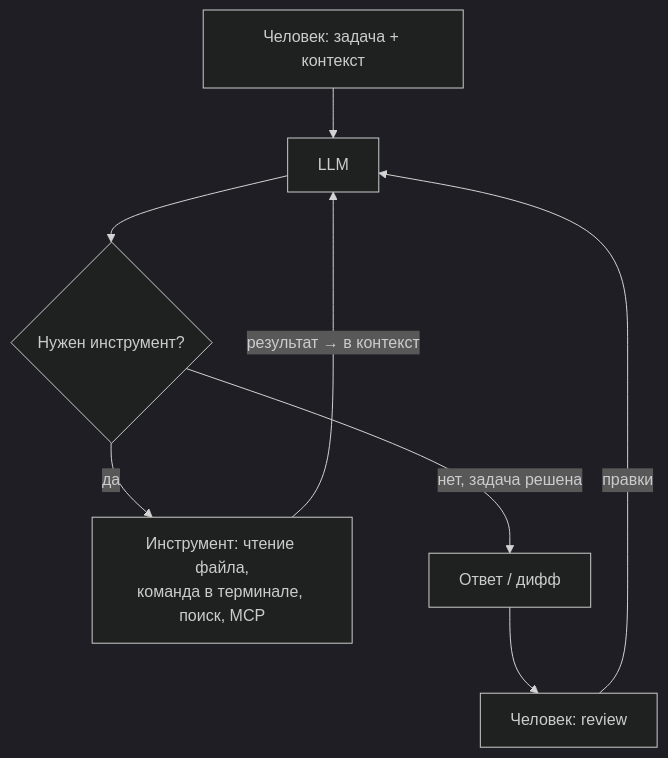
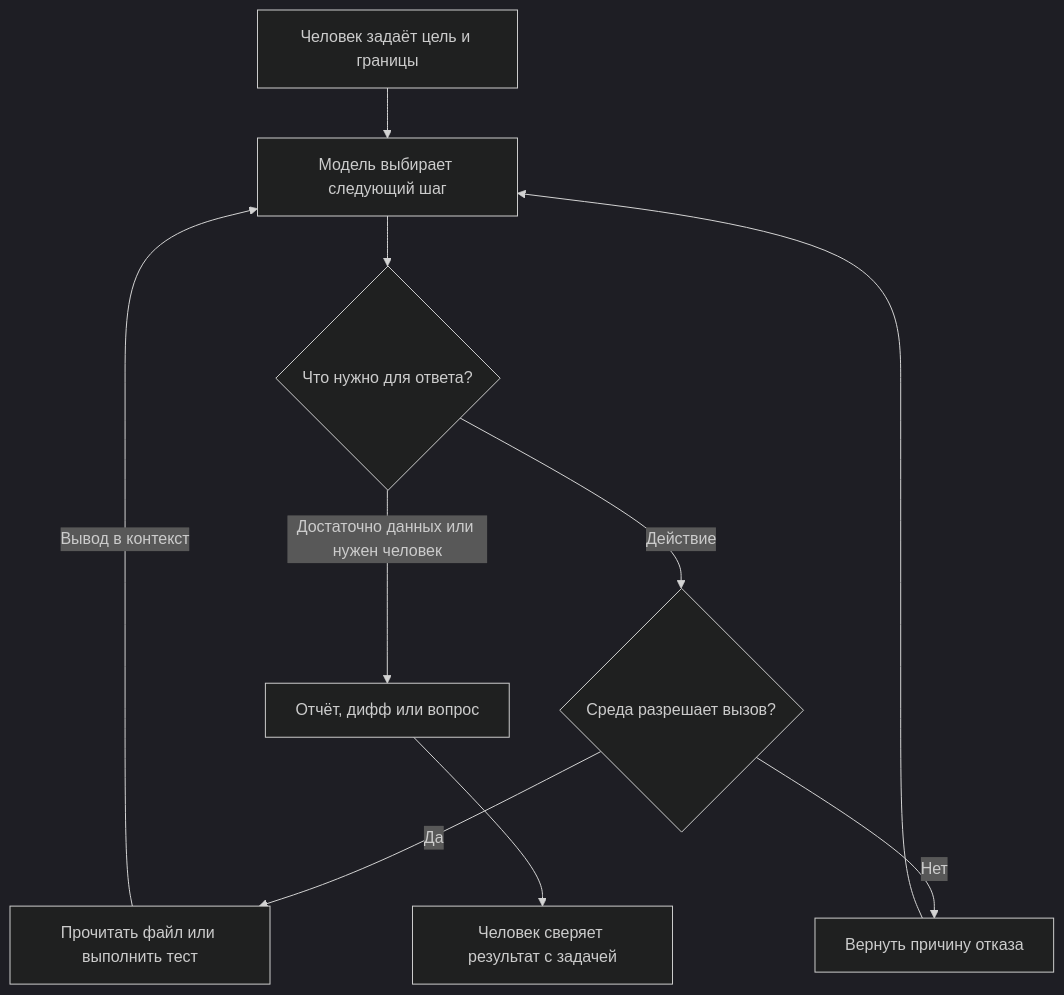
One commit to Kert0n/KPO changed the diagram in content/extras/03/vitepress.md. Above: the diagram before and after it, drawn with Mermaid (dark theme). The commit also changed other lines of this file, not shown here.

````diff
--- a/content/extras/03/vitepress.md
+++ b/content/extras/03/vitepress.md
@@ -43,10 +18,12 @@
 ```mermaid
 flowchart TD
-    H["Человек: задача + контекст"] --> L["LLM"]
-    L --> Q{"Нужен инструмент?"}
-    Q -- " да " --> T["Инструмент: чтение файла,<br/>команда в терминале, поиск, MCP"]
-    T -- " результат → в контекст " --> L
-    Q -- " нет, задача решена " --> R["Ответ / дифф"]
-    R --> V["Человек: review"]
-    V -- " правки " --> L
+    H["Человек задаёт цель и границы"] --> L["Модель выбирает следующий шаг"]
+    L --> Q{"Что нужно для ответа?"}
+    Q -->|"Действие"| P{"Среда разрешает вызов?"}
+    P -->|"Да"| T["Прочитать файл или выполнить тест"]
+    T -->|"Вывод в контекст"| L
+    P -->|"Нет"| B["Вернуть причину отказа"]
+    B --> L
+    Q -->|"Достаточно данных или нужен человек"| R["Отчёт, дифф или вопрос"]
+    R --> V["Человек сверяет результат с задачей"]
 ```
````
